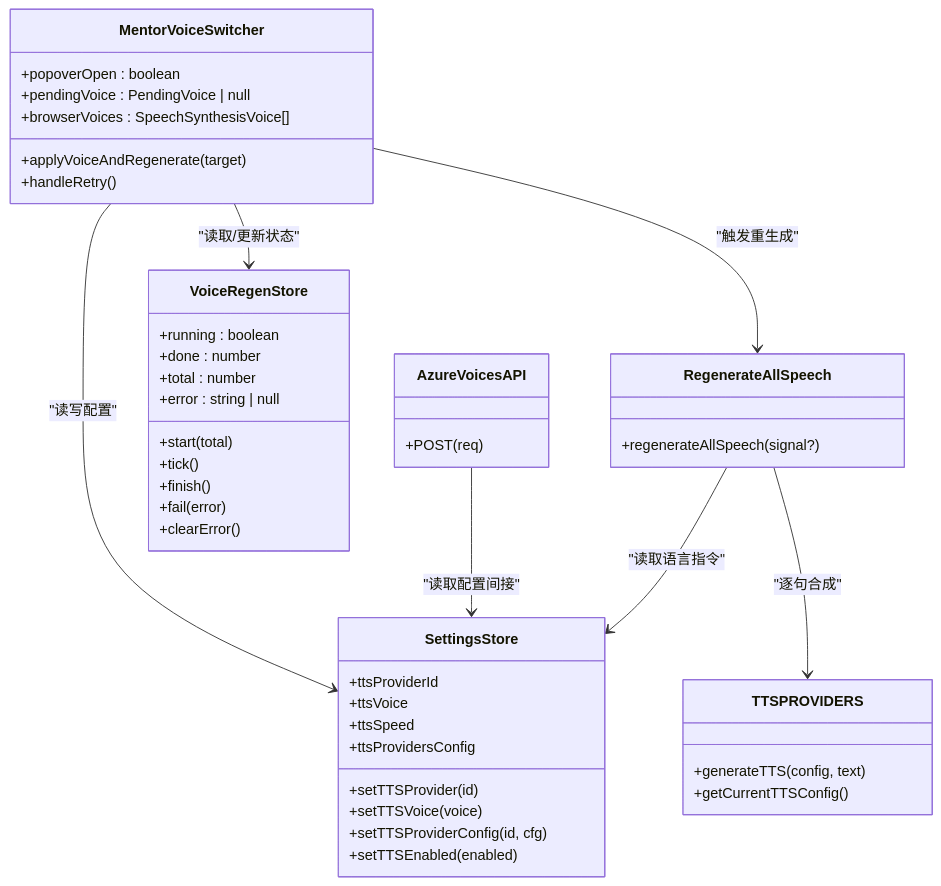
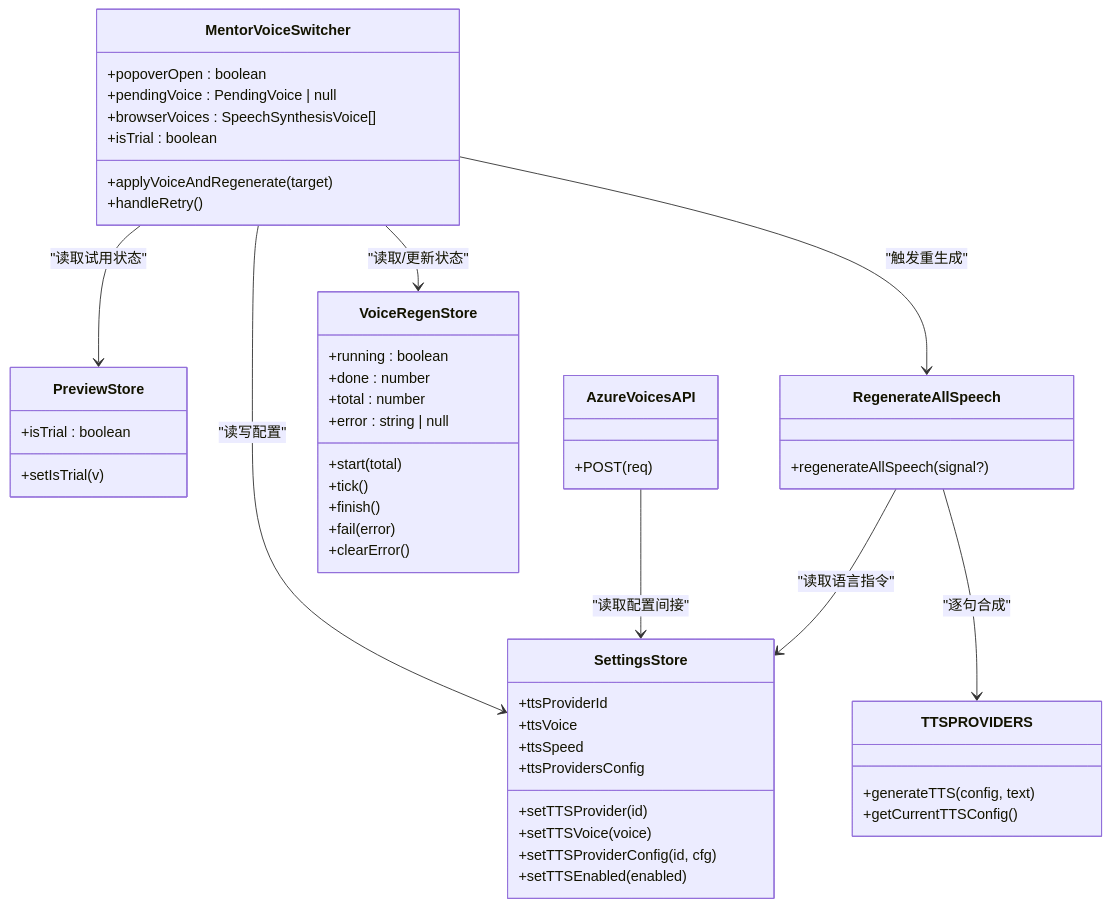
Before and after one commit to huangboheng/OpenMAIC: the third of 12 diagrams in .qoder/repowiki/zh/content/UI 组件系统/课堂播放组件/导师语音切换器组件.md, drawn with Mermaid. The commit also changed other lines of this file and 41 other files, not shown here.

````diff
--- a/.qoder/repowiki/zh/content/UI 组件系统/课堂播放组件/导师语音切换器组件.md
+++ b/.qoder/repowiki/zh/content/UI 组件系统/课堂播放组件/导师语音切换器组件.md
@@ -118,47 +201,53 @@
 ```mermaid
 classDiagram
 class MentorVoiceSwitcher {
 +popoverOpen : boolean
 +pendingVoice : PendingVoice | null
 +browserVoices : SpeechSynthesisVoice[]
++isTrial : boolean
 +applyVoiceAndRegenerate(target)
 +handleRetry()
+}
+class PreviewStore {
++isTrial : boolean
++setIsTrial(v)
 }
 class VoiceRegenStore {
 +running : boolean
 +done : number
 +total : number
 +error : string | null
 +start(total)
 +tick()
 +finish()
 +fail(error)
 +clearError()
 }
 class SettingsStore {
 +ttsProviderId
 +ttsVoice
 +ttsSpeed
 +ttsProvidersConfig
 +setTTSProvider(id)
 +setTTSVoice(voice)
 +setTTSProviderConfig(id, cfg)
 +setTTSEnabled(enabled)
 }
 class RegenerateAllSpeech {
 +regenerateAllSpeech(signal?)
 }
 class TTSPROVIDERS {
 +generateTTS(config, text)
 +getCurrentTTSConfig()
 }
 class AzureVoicesAPI {
 +POST(req)
 }
+MentorVoiceSwitcher --> PreviewStore : "读取试用状态"
 MentorVoiceSwitcher --> SettingsStore : "读写配置"
 MentorVoiceSwitcher --> VoiceRegenStore : "读取/更新状态"
 MentorVoiceSwitcher --> RegenerateAllSpeech : "触发重生成"
 RegenerateAllSpeech --> SettingsStore : "读取语言指令"
 RegenerateAllSpeech --> TTSPROVIDERS : "逐句合成"
 AzureVoicesAPI --> SettingsStore : "读取配置间接"
 ```
````
